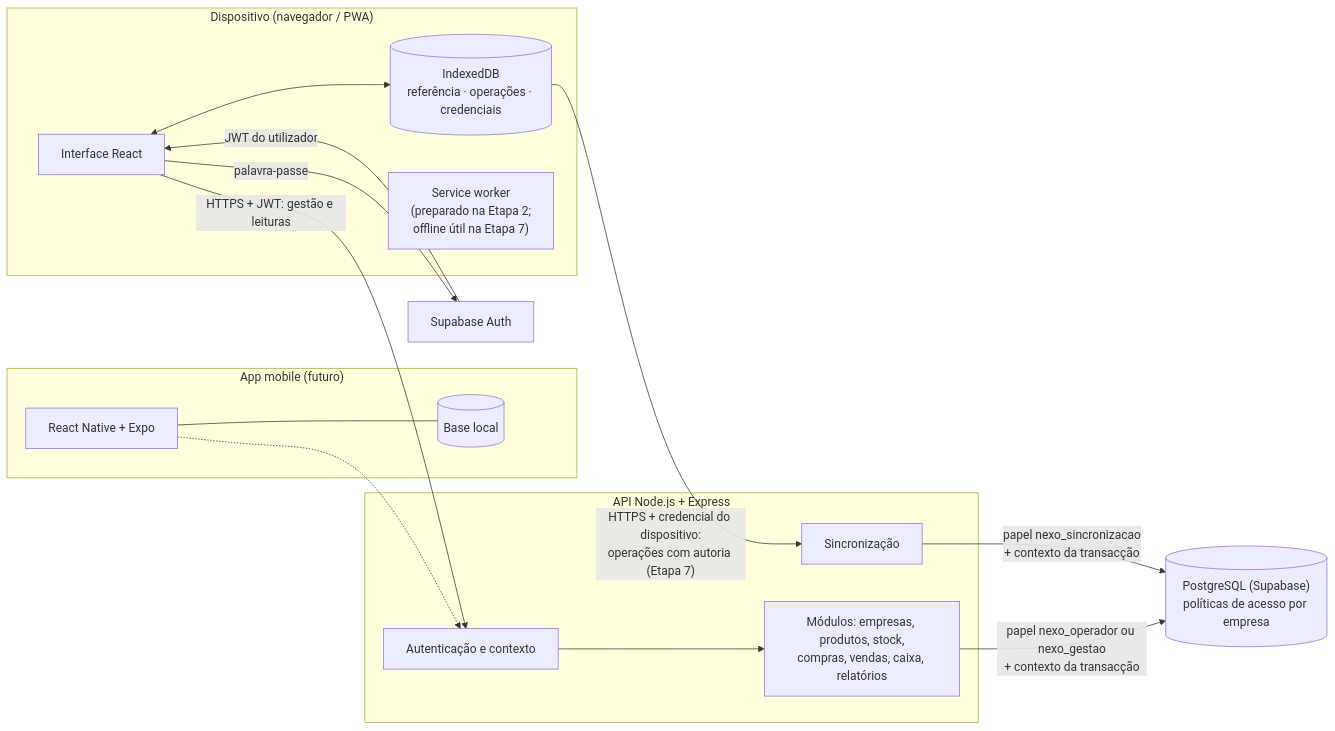
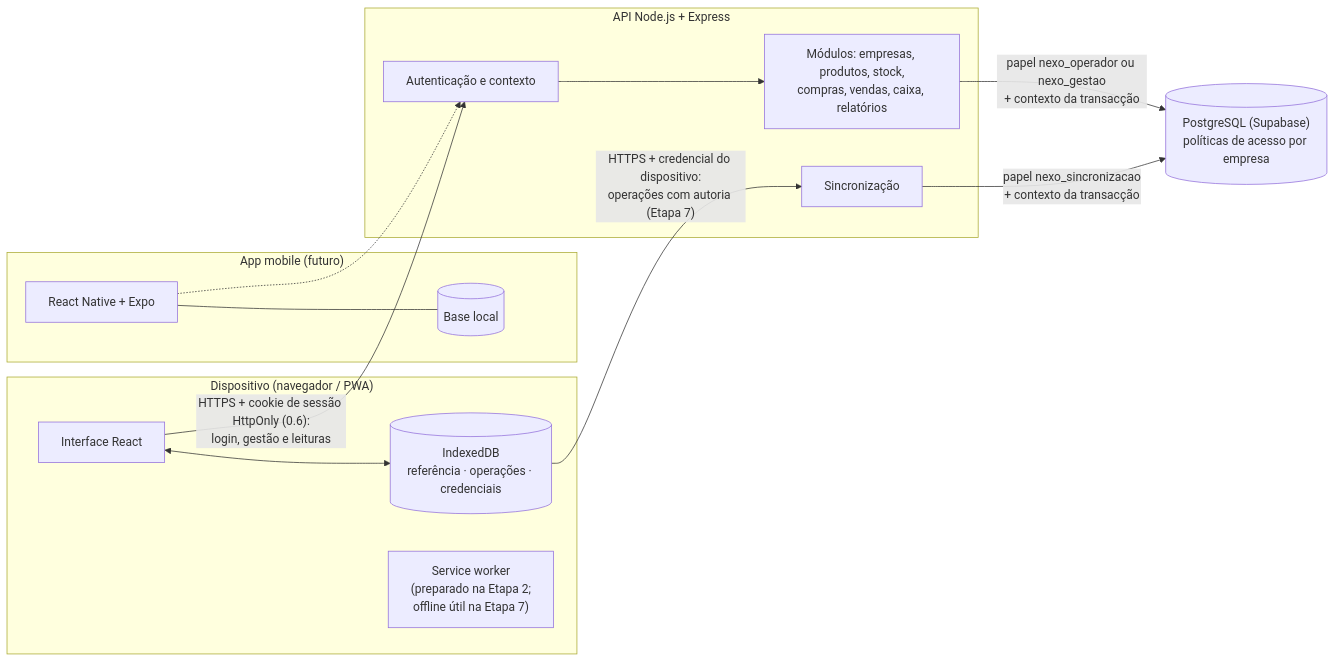
One commit to EufratesLC/Nexo changed the first of 3 diagrams in nexo/docs/Nexo_Arquitectura_Etapa_1.md. Above: the diagram before and after it, drawn with Mermaid. The commit also changed other lines of this file and 77 other files, not shown here.

````diff
--- a/nexo/docs/Nexo_Arquitectura_Etapa_1.md
+++ b/nexo/docs/Nexo_Arquitectura_Etapa_1.md
@@ -86,28 +97,25 @@
 ```mermaid
 flowchart LR
   subgraph Dispositivo["Dispositivo (navegador / PWA)"]
     UI["Interface React"]
     IDB[("IndexedDB<br/>referência · operações · credenciais")]
     SW["Service worker<br/>(preparado na Etapa 2;<br/>offline útil na Etapa 7)"]
     UI <--> IDB
   end
   subgraph Mobile["App mobile (futuro)"]
     RN["React Native + Expo"] --- SQL[("Base local")]
   end
-  AUTH["Supabase Auth"]
   subgraph API["API Node.js + Express"]
     MW["Autenticação e contexto"]
     MOD["Módulos: empresas, produtos, stock,<br/>compras, vendas, caixa, relatórios"]
     SYNC["Sincronização"]
   end
   DB[("PostgreSQL (Supabase)<br/>políticas de acesso por empresa")]
 
-  UI -- "palavra-passe" --> AUTH
-  AUTH -- "JWT do utilizador" --> UI
-  UI -- "HTTPS + JWT: gestão e leituras" --> MW
+  UI -- "HTTPS + cookie de sessão HttpOnly (0.6):<br/>login, gestão e leituras" --> MW
   IDB -- "HTTPS + credencial do dispositivo:<br/>operações com autoria (Etapa 7)" --> SYNC
   RN -.-> MW
   MW --> MOD
   MOD -- "papel nexo_operador ou nexo_gestao<br/>+ contexto da transacção" --> DB
   SYNC -- "papel nexo_sincronizacao<br/>+ contexto da transacção" --> DB
 ```
````
